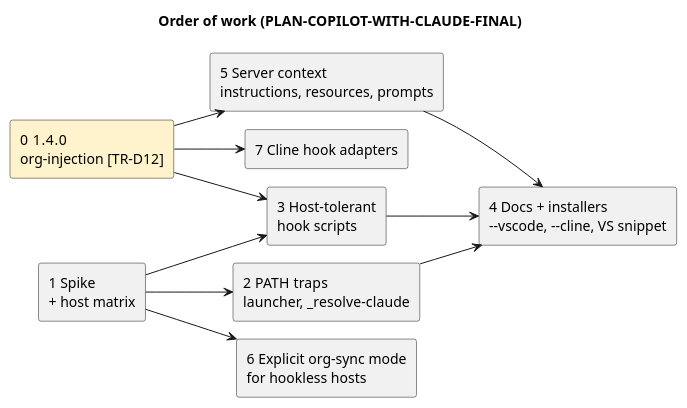
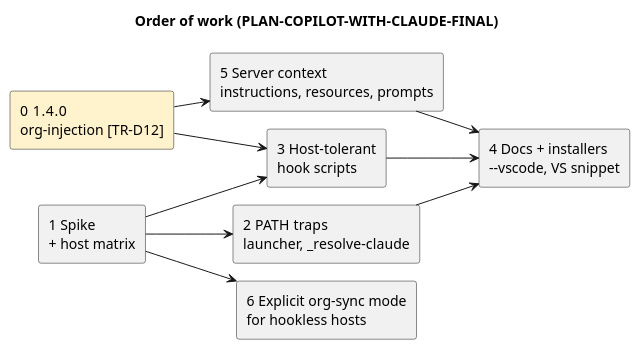
The diagram in docs/diagrams/copilot-plan.puml (adrian-balaban/total-recall), drawn with PlantUML before and after one commit. The commit also changed 11 other files, not shown here.

```diff
--- a/docs/diagrams/copilot-plan.puml
+++ b/docs/diagrams/copilot-plan.puml
@@ -1,26 +1,24 @@
 @startuml copilot-plan
 !pragma layout smetana
 left to right direction
 skinparam shadowing false
 skinparam defaultFontName Helvetica
 title Order of work (PLAN-COPILOT-WITH-CLAUDE-FINAL)
 
 rectangle "0  1.4.0\norg-injection [TR-D12]" as G #FFF3CD
 rectangle "1 Spike\n+ host matrix" as A
 rectangle "2 PATH traps\nlauncher, _resolve-claude" as B
 rectangle "3 Host-tolerant\nhook scripts" as C
-rectangle "4 Docs + installers\n~--vscode, ~--cline, VS snippet" as F
+rectangle "4 Docs + installers\n~--vscode, VS snippet" as F
 rectangle "5 Server context\ninstructions, resources, prompts" as D
 rectangle "6 Explicit org-sync mode\nfor hookless hosts" as E
-rectangle "7 Cline hook adapters" as H
 
 G --> C
 G --> D
-G --> H
 A --> B
 A --> C
 A --> E
 B --> F
 C --> F
 D --> F
 @enduml
```
